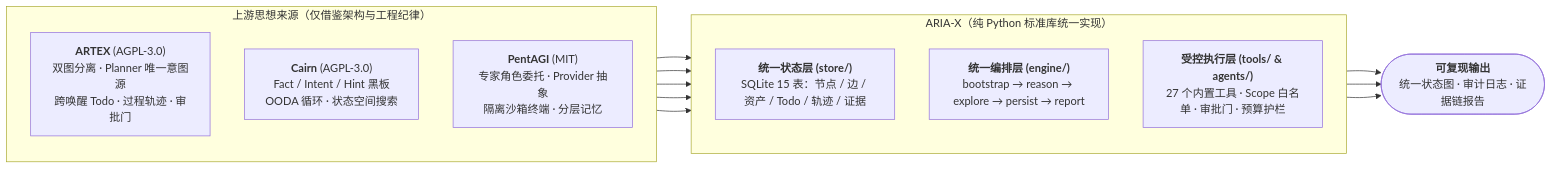
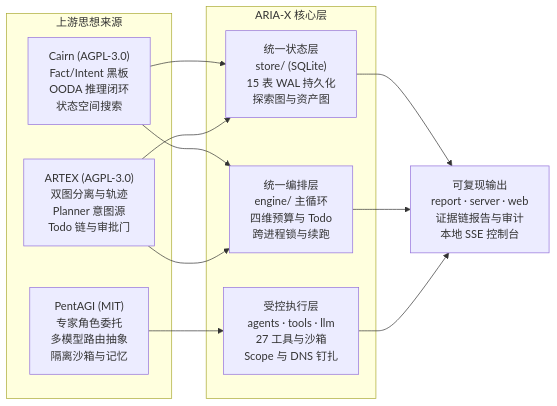
Before and after one commit to zqf20096327/ai_collect: the first of 2 diagrams in data/readmes/01NGVI-QINGYI__ARIA-X.md, drawn with Mermaid. The commit also changed other lines of this file and 3185 other files, not shown here.

````diff
--- a/data/readmes/01NGVI-QINGYI__ARIA-X.md
+++ b/data/readmes/01NGVI-QINGYI__ARIA-X.md
@@ -53,20 +53,25 @@
 ```mermaid
 flowchart LR
-    subgraph UP["上游思想来源（仅借鉴架构与工程纪律）"]
-        direction TB
-        A["<b>ARTEX</b> (AGPL-3.0)<br/>双图分离 · Planner 唯一意图源<br/>跨唤醒 Todo · 过程轨迹 · 审批门"]
-        C["<b>Cairn</b> (AGPL-3.0)<br/>Fact / Intent / Hint 黑板<br/>OODA 循环 · 状态空间搜索"]
-        P["<b>PentAGI</b> (MIT)<br/>专家角色委托 · Provider 抽象<br/>隔离沙箱终端 · 分层记忆"]
+    subgraph UP["上游思想来源"]
+        C["Cairn (AGPL-3.0)<br/>Fact/Intent 黑板<br/>OODA 推理闭环<br/>状态空间搜索"]
+        A["ARTEX (AGPL-3.0)<br/>双图分离与轨迹<br/>Planner 意图源<br/>Todo 链与审批门"]
+        P["PentAGI (MIT)<br/>专家角色委托<br/>多模型路由抽象<br/>隔离沙箱与记忆"]
     end
 
-    subgraph CORE["ARIA-X（纯 Python 标准库统一实现）"]
-        direction TB
-        ST["<b>统一状态层 (store/)</b><br/>SQLite 15 表：节点 / 边 / 资产 / Todo / 轨迹 / 证据"]
-        OR["<b>统一编排层 (engine/)</b><br/>bootstrap → reason → explore → persist → report"]
-        EX["<b>受控执行层 (tools/ & agents/)</b><br/>27 个内置工具 · Scope 白名单 · 审批门 · 预算护栏"]
+    subgraph CORE["ARIA-X 核心层"]
+        ST["统一状态层<br/>store/ (SQLite)<br/>15 表 WAL 持久化<br/>探索图与资产图"]
+        OR["统一编排层<br/>engine/ 主循环<br/>四维预算与 Todo<br/>跨进程锁与续跑"]
+        EX["受控执行层<br/>agents · tools · llm<br/>27 工具与沙箱<br/>Scope 与 DNS 钉扎"]
     end
 
-    A & C --> ST & OR
+    OUT["可复现输出<br/>report · server · web<br/>证据链报告与审计<br/>本地 SSE 控制台"]
+
+    C --> ST
+    C --> OR
+    A --> ST
+    A --> OR
     P --> EX
-    ST & OR & EX --> OUT(["<b>可复现输出</b><br/>统一状态图 · 审计日志 · 证据链报告"])
+    ST --> OUT
+    OR --> OUT
+    EX --> OUT
 ```
````
